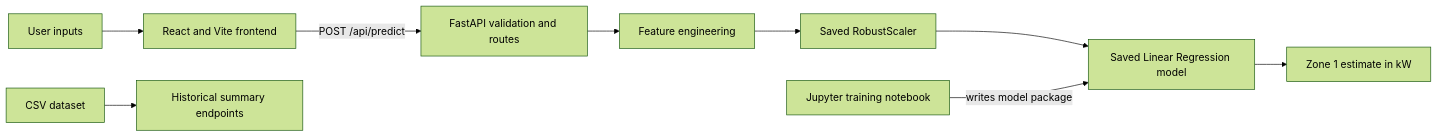
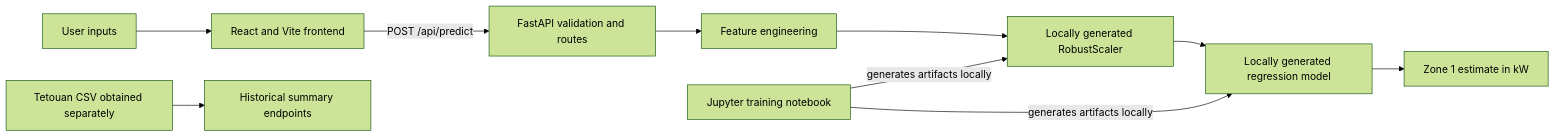
Before and after one commit to srabonti-codes/voltcast-energy-forecasting: the diagram in README.md, drawn with Mermaid (forest theme). The commit also changed other lines of this file and 6 other files, not shown here.

````diff
--- a/README.md
+++ b/README.md
@@ -119,11 +125,12 @@
 ```mermaid
 flowchart LR
     U[User inputs] --> W[React and Vite frontend]
     W -->|POST /api/predict| A[FastAPI validation and routes]
     A --> F[Feature engineering]
-    F --> S[Saved RobustScaler]
-    S --> M[Saved Linear Regression model]
+    F --> S[Locally generated RobustScaler]
+    S --> M[Locally generated regression model]
     M --> R[Zone 1 estimate in kW]
-    D[CSV dataset] --> H[Historical summary endpoints]
-    N[Jupyter training notebook] -->|writes model package| M
+    D[Tetouan CSV obtained separately] --> H[Historical summary endpoints]
+    N[Jupyter training notebook] -->|generates artifacts locally| S
+    N -->|generates artifacts locally| M
 ```
````
